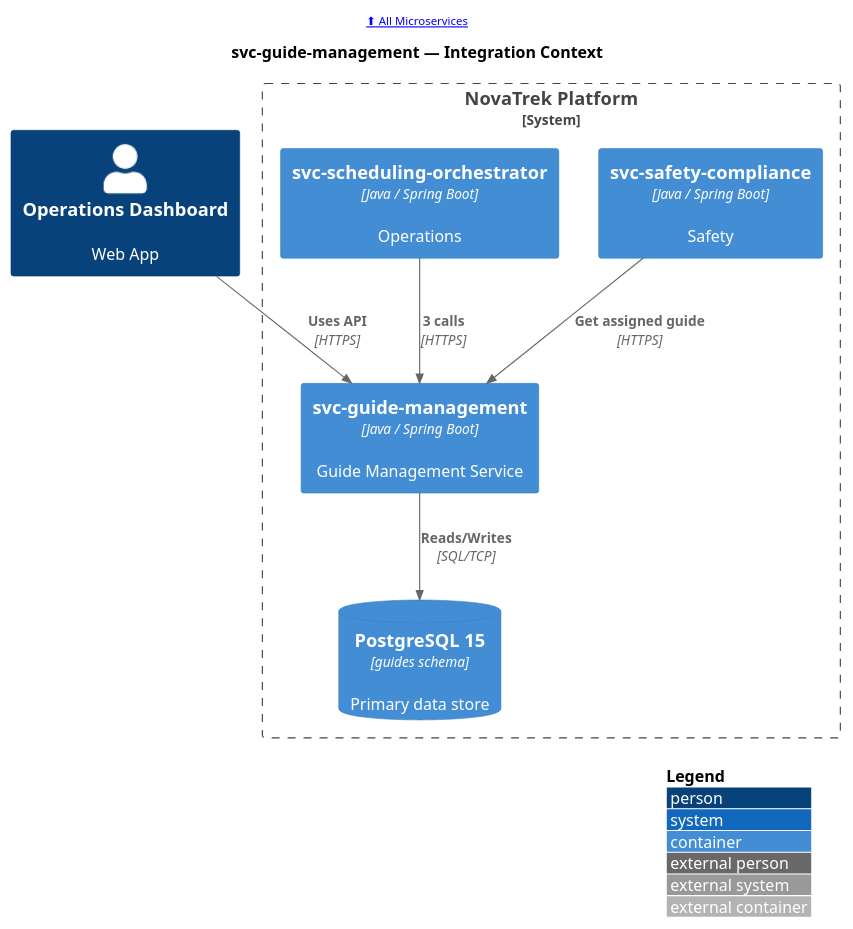
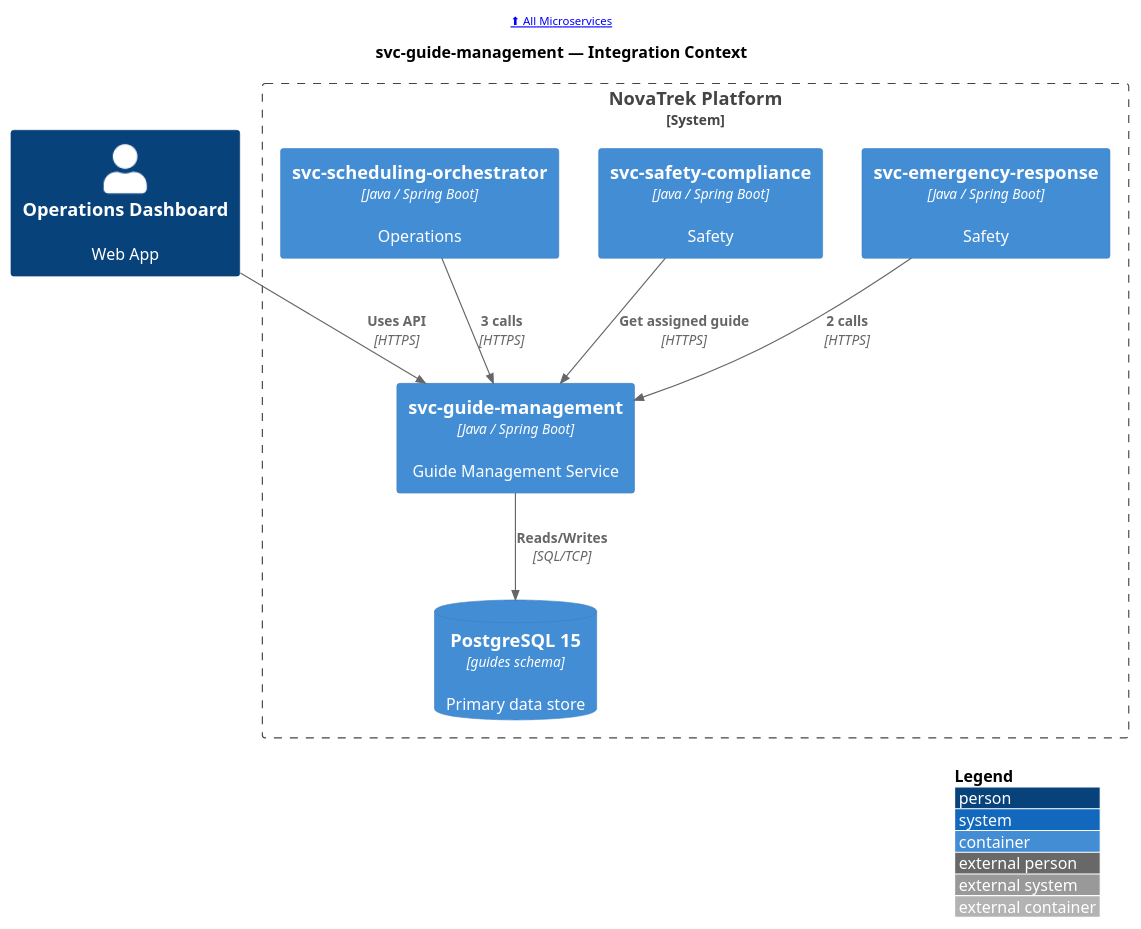
Before and after one commit to christopherblaisdell/continuous-architecture-platform-poc: the diagram in portal/docs/microservices/puml/svc-guide-management--c4-context.puml, drawn with PlantUML. The commit also changed 122 other files, not shown here.

Commit message:
Add svc-emergency-response and svc-wildlife-tracking: 2 new Safety domain services with OpenAPI specs, AsyncAPI events, metadata, 182 diagrams, deployed to Azure SWA

```diff
--- a/portal/docs/microservices/puml/svc-guide-management--c4-context.puml
+++ b/portal/docs/microservices/puml/svc-guide-management--c4-context.puml
@@ -1,26 +1,28 @@
 @startuml
 !include <c4/C4_Container>
 
 LAYOUT_WITH_LEGEND()
 LAYOUT_TOP_DOWN()
 
 header [[/microservices/ ⬆ All Microservices]]
 
 title svc-guide-management — Integration Context
 
 Person(web_ops_dashboard, "Operations Dashboard", "Web App", $link="/applications/web-ops-dashboard/#service-dependencies")
 
 System_Boundary(boundary, "NovaTrek Platform") {
     Container(svc_guide_management, "svc-guide-management", "Java / Spring Boot", "Guide Management Service", $link="/microservices/svc-guide-management/")
     ContainerDb(svc_guide_management_db, "PostgreSQL 15", "guides schema", "Primary data store", $link="/microservices/svc-guide-management/#data-store")
+    Container(svc_emergency_response, "svc-emergency-response", "Java / Spring Boot", "Safety", $link="/microservices/svc-emergency-response/#integration-context")
     Container(svc_safety_compliance, "svc-safety-compliance", "Java / Spring Boot", "Safety", $link="/microservices/svc-safety-compliance/#integration-context")
     Container(svc_scheduling_orchestrator, "svc-scheduling-orchestrator", "Java / Spring Boot", "Operations", $link="/microservices/svc-scheduling-orchestrator/#integration-context")
 }
 
 
 Rel(web_ops_dashboard, svc_guide_management, "Uses API", "HTTPS")
+Rel(svc_emergency_response, svc_guide_management, "2 calls", "HTTPS")
 Rel(svc_safety_compliance, svc_guide_management, "Get assigned guide", "HTTPS")
 Rel(svc_scheduling_orchestrator, svc_guide_management, "3 calls", "HTTPS")
 Rel(svc_guide_management, svc_guide_management_db, "Reads/Writes", "SQL/TCP")
 
 @enduml
```
